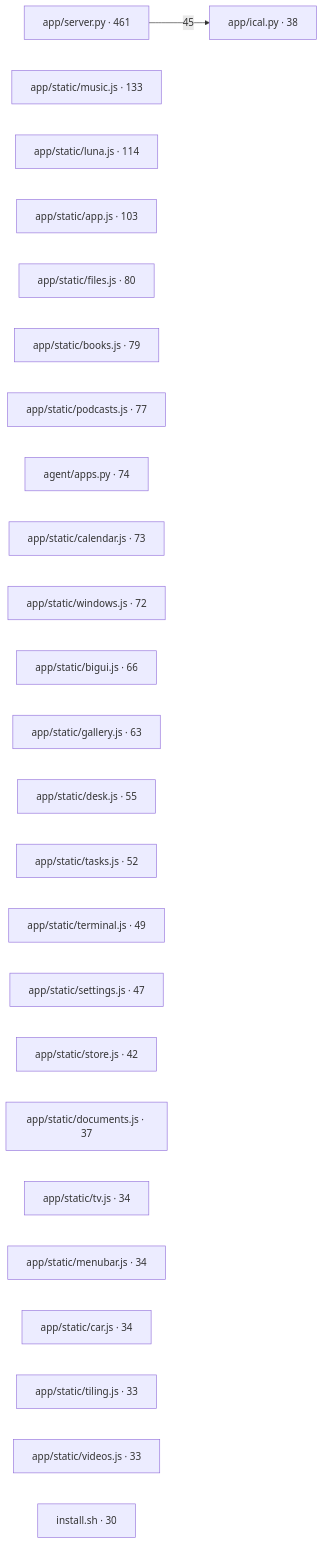
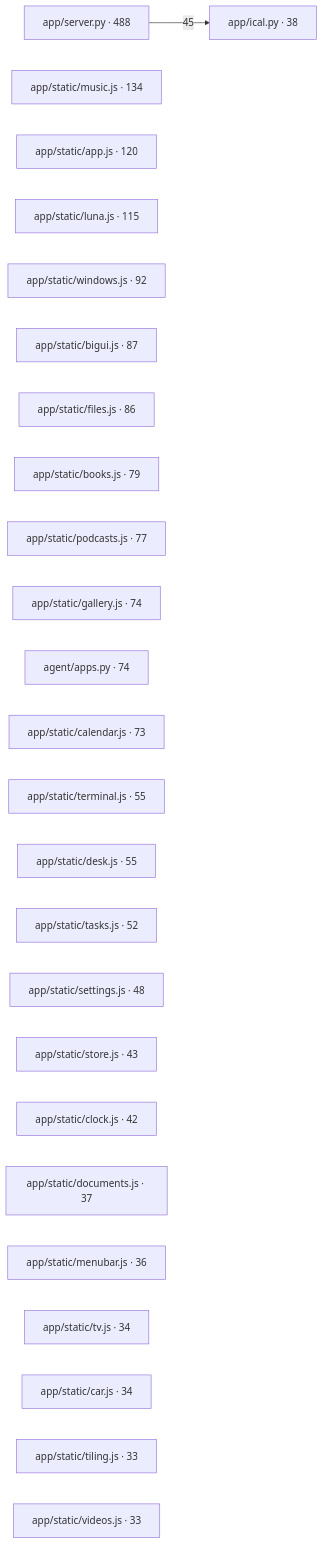
Before and after one commit to spaceadler/adlerOS: the first of 2 diagrams in CODEMAP.md, drawn with Mermaid. The commit also changed other lines of this file, not shown here.

````diff
--- a/CODEMAP.md
+++ b/CODEMAP.md
@@ -11,29 +11,29 @@
 ```mermaid
 flowchart LR
-    n_app_server_py["app/server.py · 461"]
-    n_app_static_music_js["app/static/music.js · 133"]
-    n_app_static_luna_js["app/static/luna.js · 114"]
-    n_app_static_app_js["app/static/app.js · 103"]
-    n_app_static_files_js["app/static/files.js · 80"]
+    n_app_server_py["app/server.py · 488"]
+    n_app_static_music_js["app/static/music.js · 134"]
+    n_app_static_app_js["app/static/app.js · 120"]
+    n_app_static_luna_js["app/static/luna.js · 115"]
+    n_app_static_windows_js["app/static/windows.js · 92"]
+    n_app_static_bigui_js["app/static/bigui.js · 87"]
+    n_app_static_files_js["app/static/files.js · 86"]
     n_app_static_books_js["app/static/books.js · 79"]
     n_app_static_podcasts_js["app/static/podcasts.js · 77"]
+    n_app_static_gallery_js["app/static/gallery.js · 74"]
     n_agent_apps_py["agent/apps.py · 74"]
     n_app_static_calendar_js["app/static/calendar.js · 73"]
-    n_app_static_windows_js["app/static/windows.js · 72"]
-    n_app_static_bigui_js["app/static/bigui.js · 66"]
-    n_app_static_gallery_js["app/static/gallery.js · 63"]
+    n_app_static_terminal_js["app/static/terminal.js · 55"]
     n_app_static_desk_js["app/static/desk.js · 55"]
     n_app_static_tasks_js["app/static/tasks.js · 52"]
-    n_app_static_terminal_js["app/static/terminal.js · 49"]
-    n_app_static_settings_js["app/static/settings.js · 47"]
-    n_app_static_store_js["app/static/store.js · 42"]
+    n_app_static_settings_js["app/static/settings.js · 48"]
+    n_app_static_store_js["app/static/store.js · 43"]
+    n_app_static_clock_js["app/static/clock.js · 42"]
     n_app_ical_py["app/ical.py · 38"]
     n_app_static_documents_js["app/static/documents.js · 37"]
+    n_app_static_menubar_js["app/static/menubar.js · 36"]
     n_app_static_tv_js["app/static/tv.js · 34"]
-    n_app_static_menubar_js["app/static/menubar.js · 34"]
     n_app_static_car_js["app/static/car.js · 34"]
     n_app_static_tiling_js["app/static/tiling.js · 33"]
     n_app_static_videos_js["app/static/videos.js · 33"]
-    n_install_sh["install.sh · 30"]
     n_app_server_py -->|45| n_app_ical_py
 ```
````
